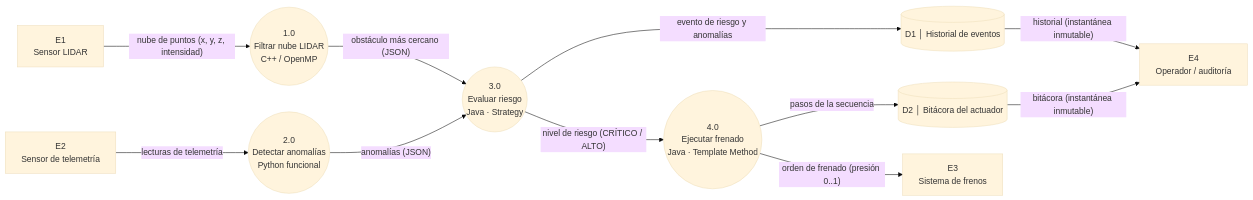
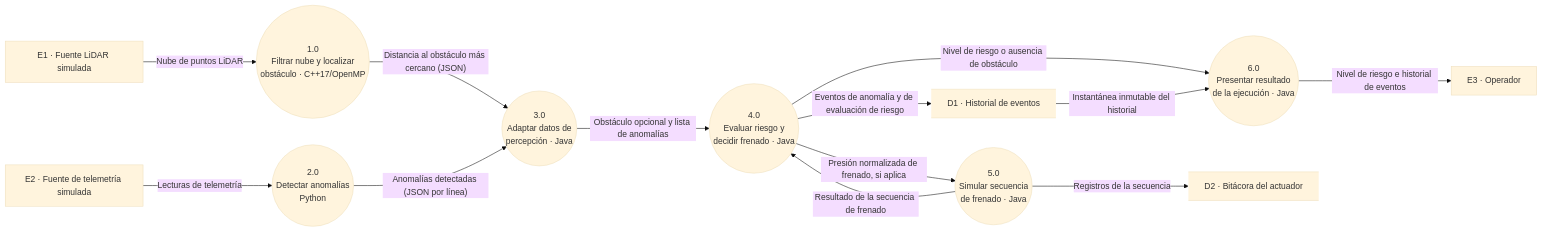
One commit to tomMore07/Grupo1_Vehiculos_Autonomos changed the third of 4 diagrams in docs/02_arquitectura_uml.md. Above: the diagram before and after it, drawn with Mermaid (base theme). The commit also changed other lines of this file, not shown here.

````diff
--- a/docs/02_arquitectura_uml.md
+++ b/docs/02_arquitectura_uml.md
@@ -177,24 +176,32 @@
 ```mermaid
 flowchart LR
-    E1["E1<br/>Sensor LIDAR"]
-    E2["E2<br/>Sensor de telemetría"]
-    P1(("1.0<br/>Filtrar nube LIDAR<br/>C++ / OpenMP"))
-    P2(("2.0<br/>Detectar anomalías<br/>Python funcional"))
-    P3(("3.0<br/>Evaluar riesgo<br/>Java · Strategy"))
-    P4(("4.0<br/>Ejecutar frenado<br/>Java · Template Method"))
-    D1[("D1 │ Historial de eventos")]
-    D2[("D2 │ Bitácora del actuador")]
-    E3["E3<br/>Sistema de frenos"]
-    E4["E4<br/>Operador / auditoría"]
+    E1["E1 · Fuente LiDAR simulada"]
+    E2["E2 · Fuente de telemetría simulada"]
+    E3["E3 · Operador"]
 
-    E1 -->|"nube de puntos (x, y, z, intensidad)"| P1
-    E2 -->|"lecturas de telemetría"| P2
-    P1 -->|"obstáculo más cercano (JSON)"| P3
-    P2 -->|"anomalías (JSON)"| P3
-    P3 -->|"nivel de riesgo (CRÍTICO / ALTO)"| P4
-    P4 -->|"orden de frenado (presión 0..1)"| E3
-    P3 -->|"evento de riesgo y anomalías"| D1
-    P4 -->|"pasos de la secuencia"| D2
-    D1 -->|"historial (instantánea inmutable)"| E4
-    D2 -->|"bitácora (instantánea inmutable)"| E4
+    P1(("1.0<br/>Filtrar nube y localizar<br/>obstáculo · C++17/OpenMP"))
+    P2(("2.0<br/>Detectar anomalías<br/>Python"))
+    P3(("3.0<br/>Adaptar datos de<br/>percepción · Java"))
+    P4(("4.0<br/>Evaluar riesgo y<br/>decidir frenado · Java"))
+    P5(("5.0<br/>Simular secuencia<br/>de frenado · Java"))
+    P6(("6.0<br/>Presentar resultado<br/>de la ejecución · Java"))
+
+    D1@{ shape: datastore, label: "D1 · Historial de eventos" }
+    D2@{ shape: datastore, label: "D2 · Bitácora del actuador" }
+
+    E1 -->|"Nube de puntos LiDAR"| P1
+    E2 -->|"Lecturas de telemetría"| P2
+
+    P1 -->|"Distancia al obstáculo más cercano (JSON)"| P3
+    P2 -->|"Anomalías detectadas (JSON por línea)"| P3
+    P3 -->|"Obstáculo opcional y lista de anomalías"| P4
+
+    P4 -->|"Presión normalizada de frenado, si aplica"| P5
+    P5 -->|"Resultado de la secuencia de frenado"| P4
+    P5 -->|"Registros de la secuencia"| D2
+
+    P4 -->|"Eventos de anomalía y de evaluación de riesgo"| D1
+    P4 -->|"Nivel de riesgo o ausencia de obstáculo"| P6
+    D1 -->|"Instantánea inmutable del historial"| P6
+    P6 -->|"Nivel de riesgo e historial de eventos"| E3
 ```
````
